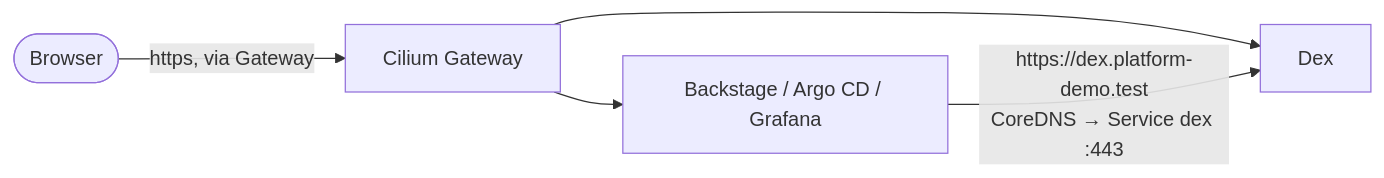
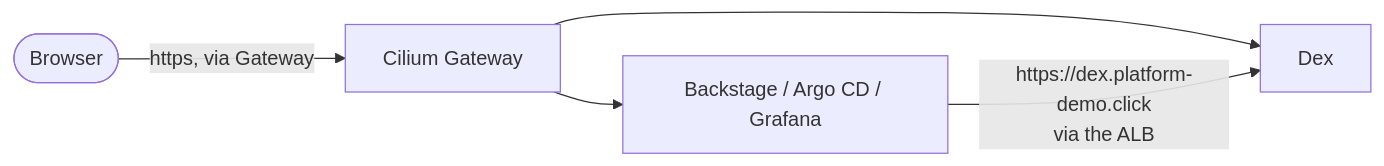
One commit to mladenovskistefan111/platform-demo-helm changed the diagram in docs/sso-and-portal.md. Above: the diagram before and after it, drawn with Mermaid. The commit also changed other lines of this file and 10 other files, not shown here.

````diff
--- a/docs/sso-and-portal.md
+++ b/docs/sso-and-portal.md
@@ -30,7 +29,7 @@
 ```mermaid
 flowchart LR
   B(["Browser"]) -->|"https, via Gateway"| GW["Cilium Gateway"]
   GW --> APP["Backstage / Argo CD / Grafana"]
   GW --> DEX["Dex"]
-  APP -->|"https://dex.platform-demo.test<br/>CoreDNS → Service dex :443"| DEX
+  APP -->|"https://dex.platform-demo.click<br/>via the ALB"| DEX
 ```
````
